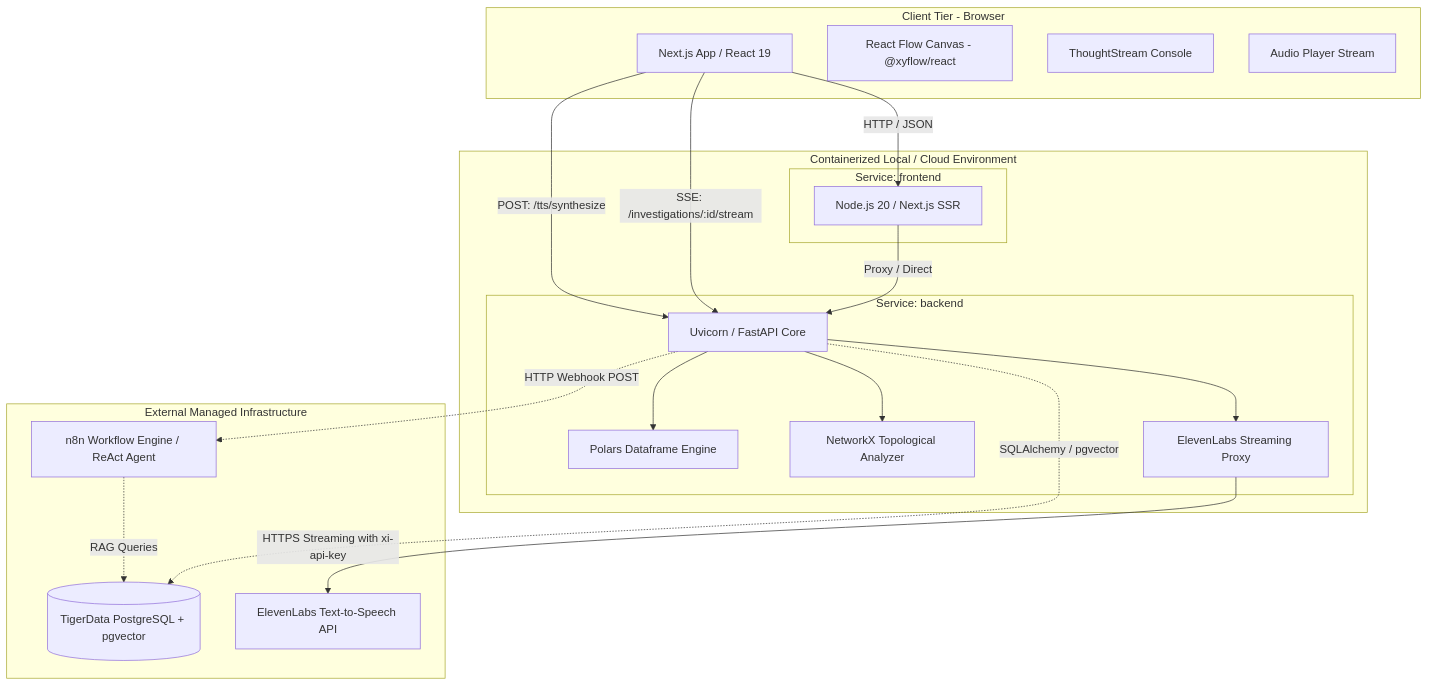
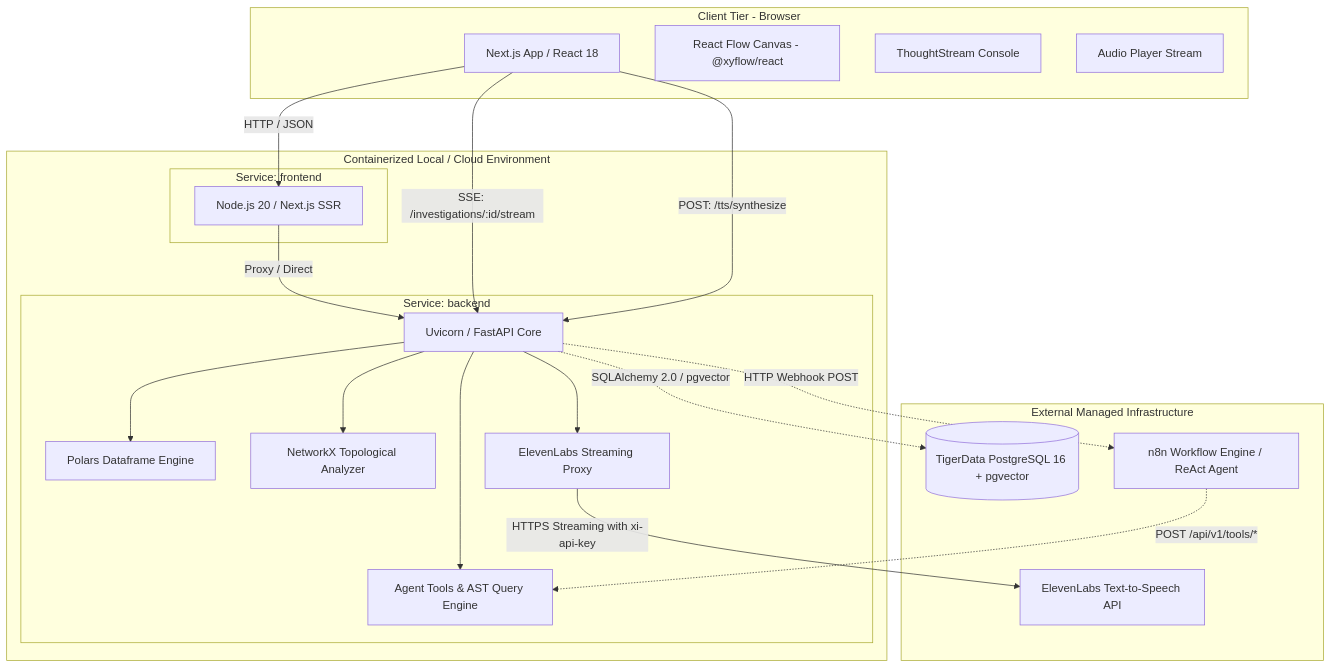
One commit to oscarvasquez28/HackMty2026-InfoSys changed the second of 2 diagrams in doc/architecture/README.md. Above: the diagram before and after it, drawn with Mermaid. The commit also changed other lines of this file and 5 other files, not shown here.

First line of the commit message:
docs: synchronize system architecture, backend, and frontend documentation hubs

````diff
--- a/doc/architecture/README.md
+++ b/doc/architecture/README.md
@@ -81,43 +89,45 @@
 ```mermaid
 graph TB
     subgraph ClientBrowser [Client Tier - Browser]
-        UI[Next.js App / React 19]
+        UI[Next.js App / React 18]
         RF[React Flow Canvas - @xyflow/react]
         Console[ThoughtStream Console]
         Audio[Audio Player Stream]
     end
 
     subgraph DockerEnv [Containerized Local / Cloud Environment]
         subgraph FrontendContainer [Service: frontend]
             NextServer[Node.js 20 / Next.js SSR]
         end
 
         subgraph BackendContainer [Service: backend]
             FastAPIApp[Uvicorn / FastAPI Core]
             PolarsEngine[Polars Dataframe Engine]
             NXGraph[NetworkX Topological Analyzer]
+            AgentToolsRouter[Agent Tools & AST Query Engine]
             TTSProxy[ElevenLabs Streaming Proxy]
         end
     end
 
     subgraph ExternalServices [External Managed Infrastructure]
-        TigerDataDB[(TigerData PostgreSQL + pgvector)]
+        TigerDataDB[(TigerData PostgreSQL 16 + pgvector)]
         n8nAgent[n8n Workflow Engine / ReAct Agent]
         ElevenLabsAPI[ElevenLabs Text-to-Speech API]
     end
 
     %% Connections
     UI -->|HTTP / JSON| NextServer
     NextServer -->|Proxy / Direct| FastAPIApp
     UI -->|SSE: /investigations/:id/stream| FastAPIApp
     UI -->|POST: /tts/synthesize| FastAPIApp
 
     FastAPIApp --> PolarsEngine
     FastAPIApp --> NXGraph
+    FastAPIApp --> AgentToolsRouter
     FastAPIApp --> TTSProxy
 
     FastAPIApp -.->|HTTP Webhook POST| n8nAgent
-    FastAPIApp -.->|SQLAlchemy / pgvector| TigerDataDB
+    FastAPIApp -.->|SQLAlchemy 2.0 / pgvector| TigerDataDB
+    n8nAgent -.->|POST /api/v1/tools/*| AgentToolsRouter
     TTSProxy -->|HTTPS Streaming with xi-api-key| ElevenLabsAPI
-    n8nAgent -.->|RAG Queries| TigerDataDB
 ```
````
